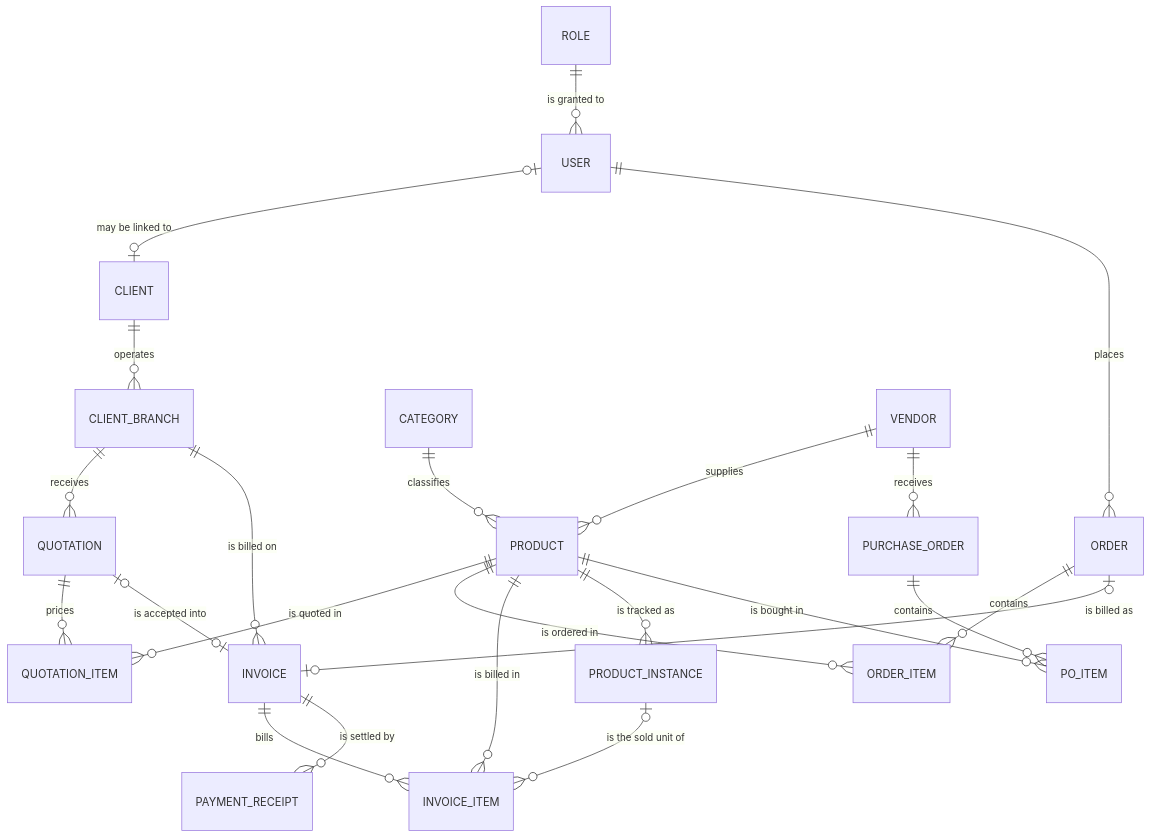
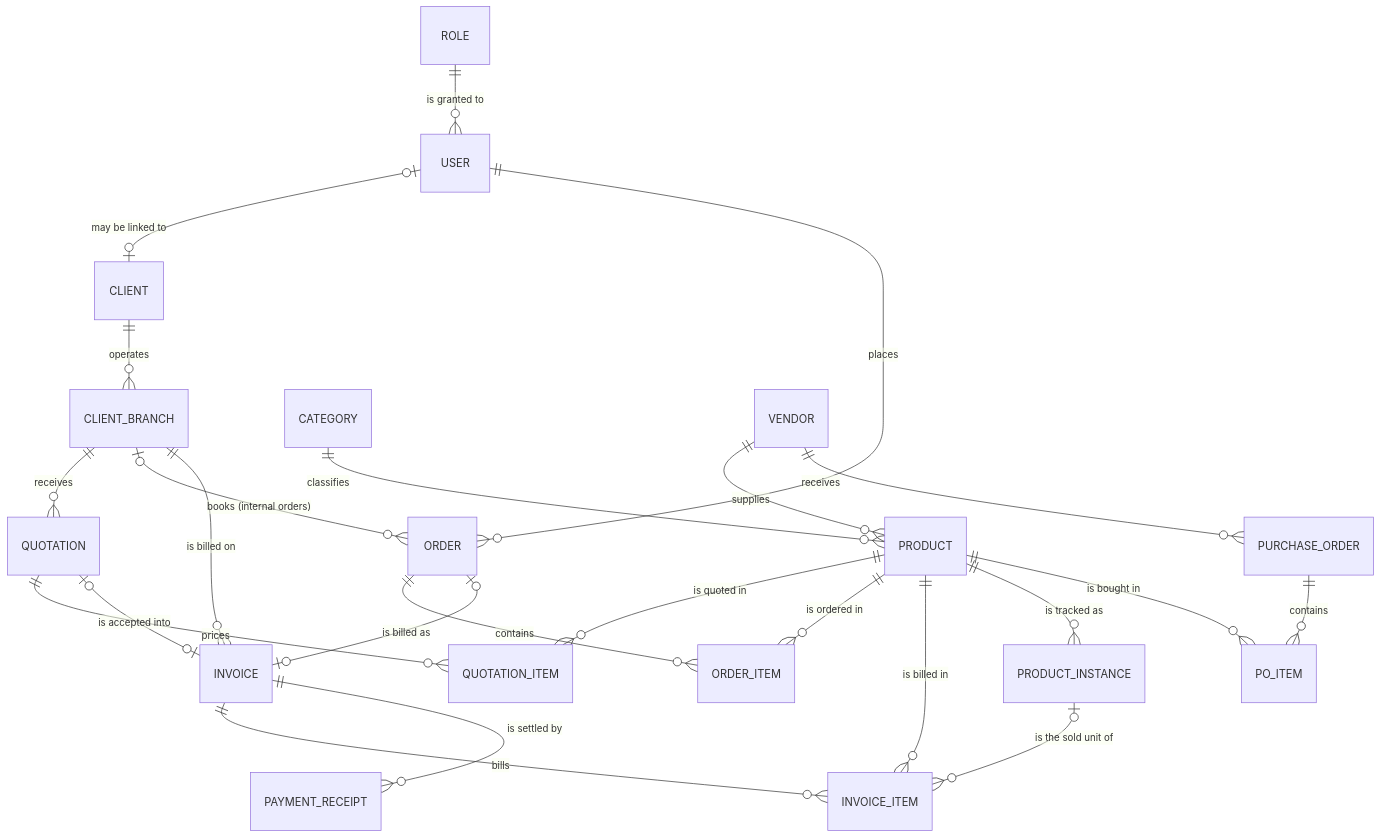
Before and after one commit to exo-shinigami/SebaBD: the first of 2 diagrams in README.md, drawn with Mermaid. The commit also changed other lines of this file and 17 other files, not shown here.

````diff
--- a/README.md
+++ b/README.md
@@ -148,25 +185,26 @@
 ```mermaid
 erDiagram
     ROLE             ||--o{ USER              : "is granted to"
     USER             |o--o| CLIENT            : "may be linked to"
     CLIENT           ||--o{ CLIENT_BRANCH     : "operates"
     CLIENT_BRANCH    ||--o{ QUOTATION         : "receives"
+    CLIENT_BRANCH    |o--o{ ORDER             : "books (internal orders)"
     CLIENT_BRANCH    ||--o{ INVOICE           : "is billed on"
     QUOTATION        ||--o{ QUOTATION_ITEM    : "prices"
     PRODUCT          ||--o{ QUOTATION_ITEM    : "is quoted in"
     USER             ||--o{ ORDER             : "places"
     ORDER            ||--o{ ORDER_ITEM        : "contains"
     PRODUCT          ||--o{ ORDER_ITEM        : "is ordered in"
     QUOTATION        |o--o| INVOICE           : "is accepted into"
     ORDER            |o--o| INVOICE           : "is billed as"
     INVOICE          ||--o{ INVOICE_ITEM      : "bills"
     PRODUCT          ||--o{ INVOICE_ITEM      : "is billed in"
     PRODUCT_INSTANCE |o--o{ INVOICE_ITEM      : "is the sold unit of"
     INVOICE          ||--o{ PAYMENT_RECEIPT   : "is settled by"
     CATEGORY         ||--o{ PRODUCT           : "classifies"
     VENDOR           ||--o{ PRODUCT           : "supplies"
     PRODUCT          ||--o{ PRODUCT_INSTANCE  : "is tracked as"
     VENDOR           ||--o{ PURCHASE_ORDER    : "receives"
     PURCHASE_ORDER   ||--o{ PO_ITEM           : "contains"
     PRODUCT          ||--o{ PO_ITEM           : "is bought in"
 ```
````
